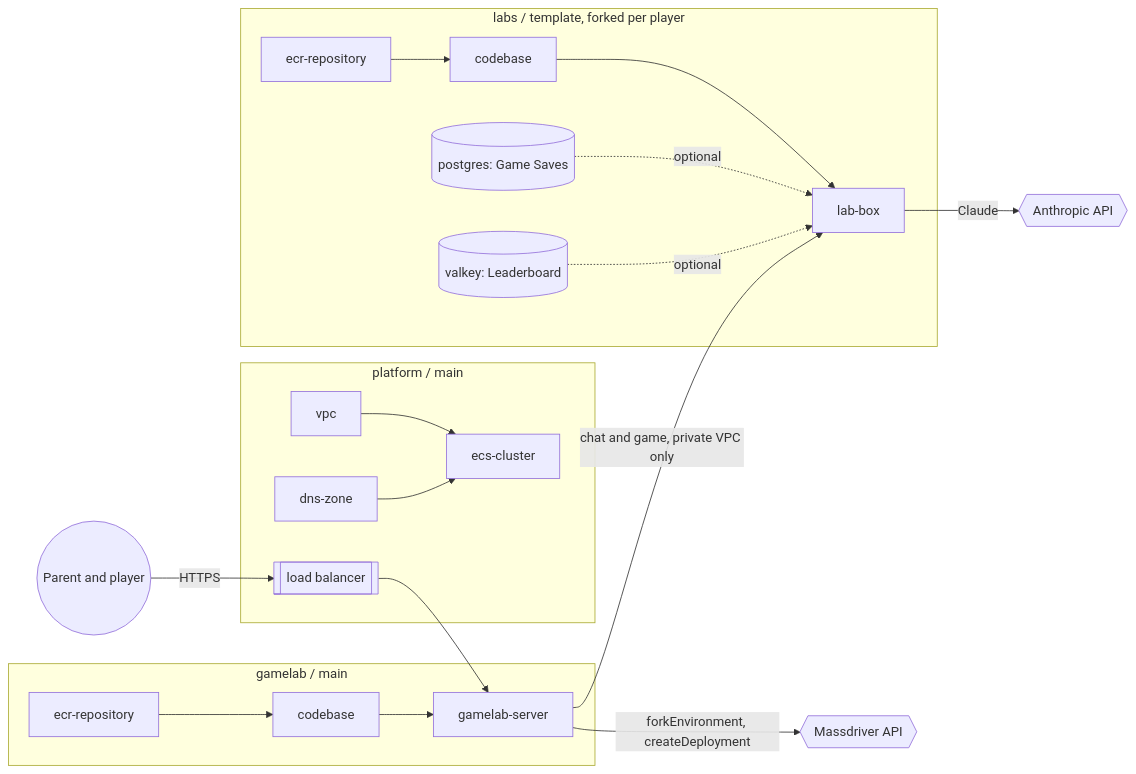
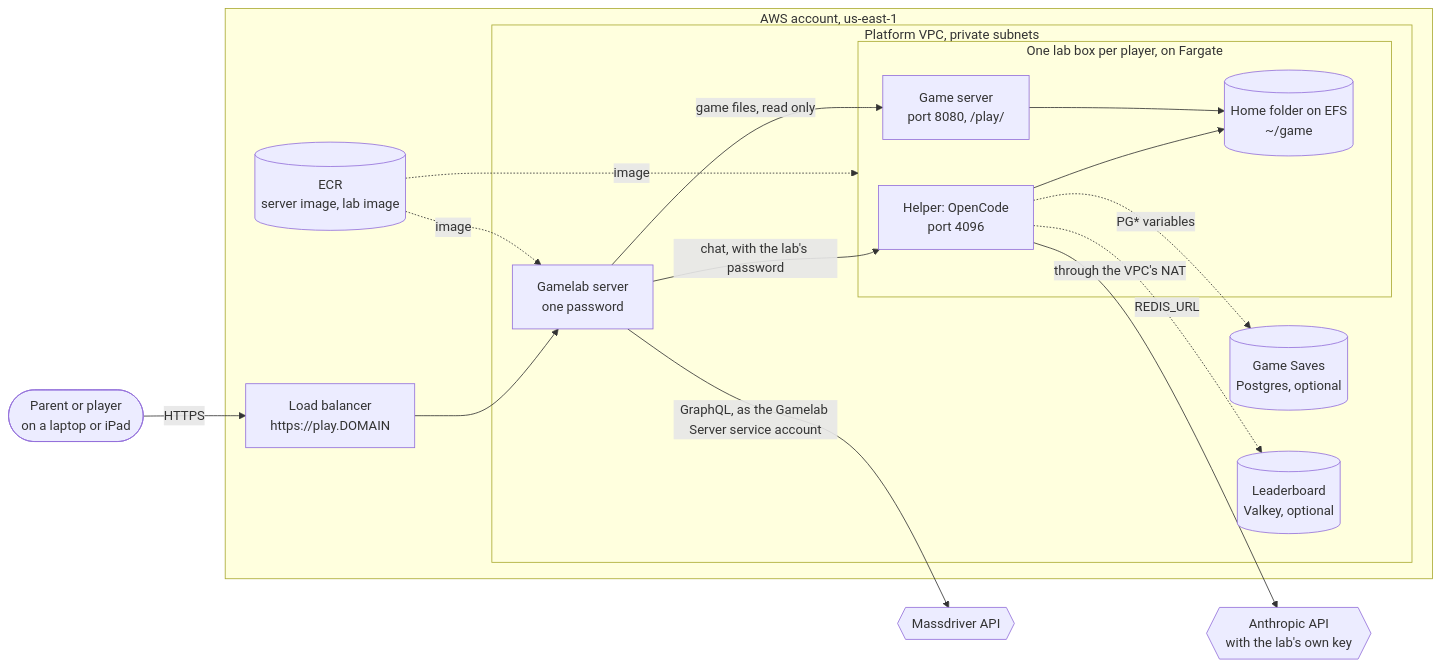
The first of 8 diagrams in examples/gamelab/README.md (massdriver-catalogs/aws), drawn with Mermaid before and after one commit. The commit also changed other lines of this file and 1 other file, not shown here.

First line of the commit message:
Show how Gamelab works with Massdriver and how its deploys are governed

````diff
--- a/examples/gamelab/README.md
+++ b/examples/gamelab/README.md
@@ -11,22 +11,33 @@
 ```mermaid
 flowchart LR
-  parent((Parent and player)) -- HTTPS --> alb
-  subgraph platform[platform / main]
-    vpc[vpc] --> cluster[ecs-cluster]
-    dns[dns-zone] --> cluster
-    alb[[load balancer]]
+  user(["Parent or player<br>on a laptop or iPad"])
+  md{{"Massdriver API"}}
+  anthropic{{"Anthropic API<br>with the lab's own key"}}
+
+  subgraph aws["AWS account, us-east-1"]
+    alb["Load balancer<br>https://play.DOMAIN"]
+    ecr[("ECR<br>server image, lab image")]
+    subgraph vpc["Platform VPC, private subnets"]
+      server["Gamelab server<br>one password"]
+      subgraph box["One lab box per player, on Fargate"]
+        agent["Helper: OpenCode<br>port 4096"]
+        game["Game server<br>port 8080, /play/"]
+        home[("Home folder on EFS<br>~/game")]
+      end
+      saves[("Game Saves<br>Postgres, optional")]
+      scores[("Leaderboard<br>Valkey, optional")]
+    end
   end
-  subgraph gamelab[gamelab / main]
-    reg1[ecr-repository] --> cb1[codebase] --> app[gamelab-server]
-  end
-  subgraph labs[labs / template, forked per player]
-    reg2[ecr-repository] --> cb2[codebase]
-    cb2 --> box[lab-box]
-    saves[(postgres: Game Saves)] -.optional.-> box
-    scores[(valkey: Leaderboard)] -.optional.-> box
-  end
-  alb --> app
-  app -- "chat and game, private VPC only" --> box
-  app -- "forkEnvironment, createDeployment" --> md{{Massdriver API}}
-  box -- Claude --> anthropic{{Anthropic API}}
+
+  user -- HTTPS --> alb --> server
+  server -- "chat, with the lab's password" --> agent
+  server -- "game files, read only" --> game
+  agent --> home
+  game --> home
+  agent -. "PG* variables" .-> saves
+  agent -. "REDIS_URL" .-> scores
+  agent -- "through the VPC's NAT" --> anthropic
+  server -- "GraphQL, as the Gamelab Server service account" --> md
+  ecr -. image .-> server
+  ecr -. image .-> box
 ```
````
